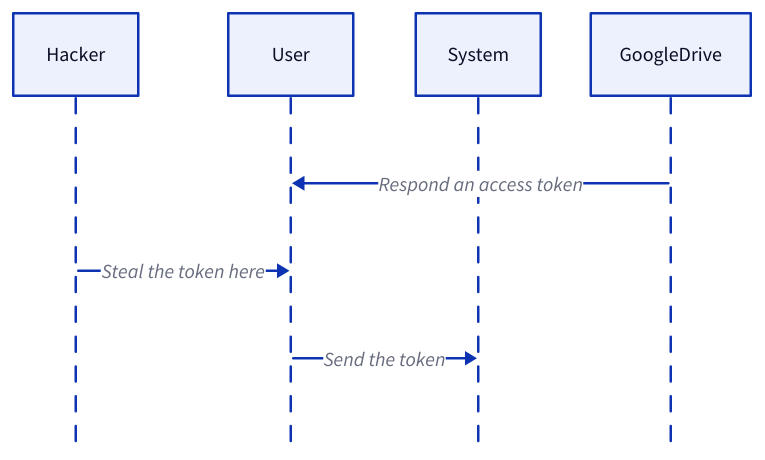
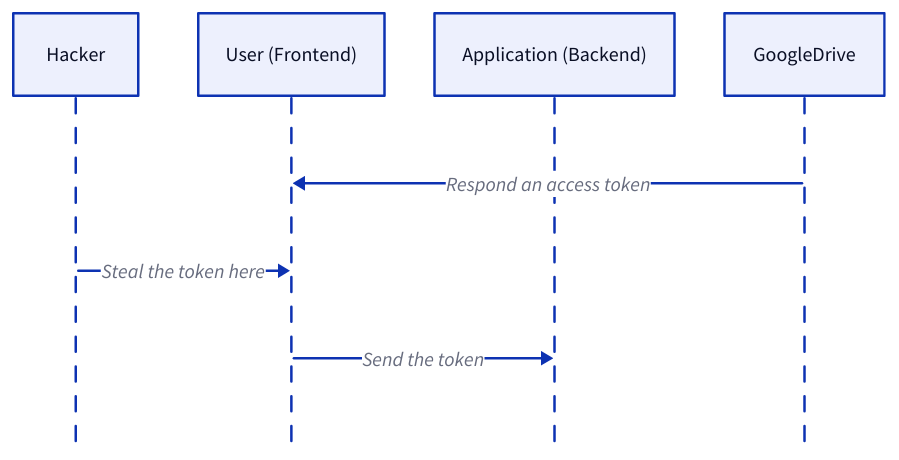
Before and after one commit to link1905/system-design-101: diagram 21 of 25 in content/docs/system-administration/system-protection/iam.md, drawn with D2. The commit also changed other lines of this file and 17 other files, not shown here.

````diff
--- a/content/docs/system-administration/system-protection/iam.md
+++ b/content/docs/system-administration/system-protection/iam.md
@@ -728,20 +777,20 @@
 ```d2
 shape: sequence_diagram
 h: Hacker {
   class: hacker
 }
-u: User {
+u: User (Frontend) {
   class: client
 }
-s: System {
+s: Application (Backend) {
   class: server
 }
 g: GoogleDrive {
   class: google
 }
 g -> u: Respond an access token
 h -> u: Steal the token here {
   class: error-conn
 }
 u -> s: Send the token
 ```
````
